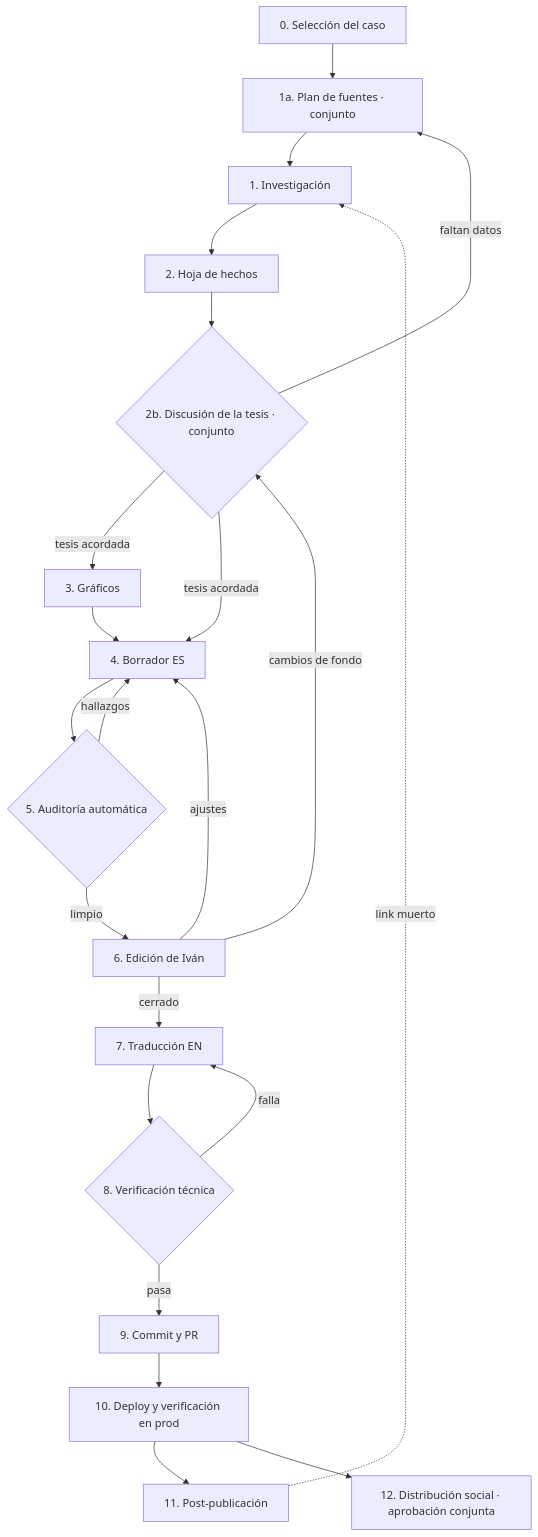
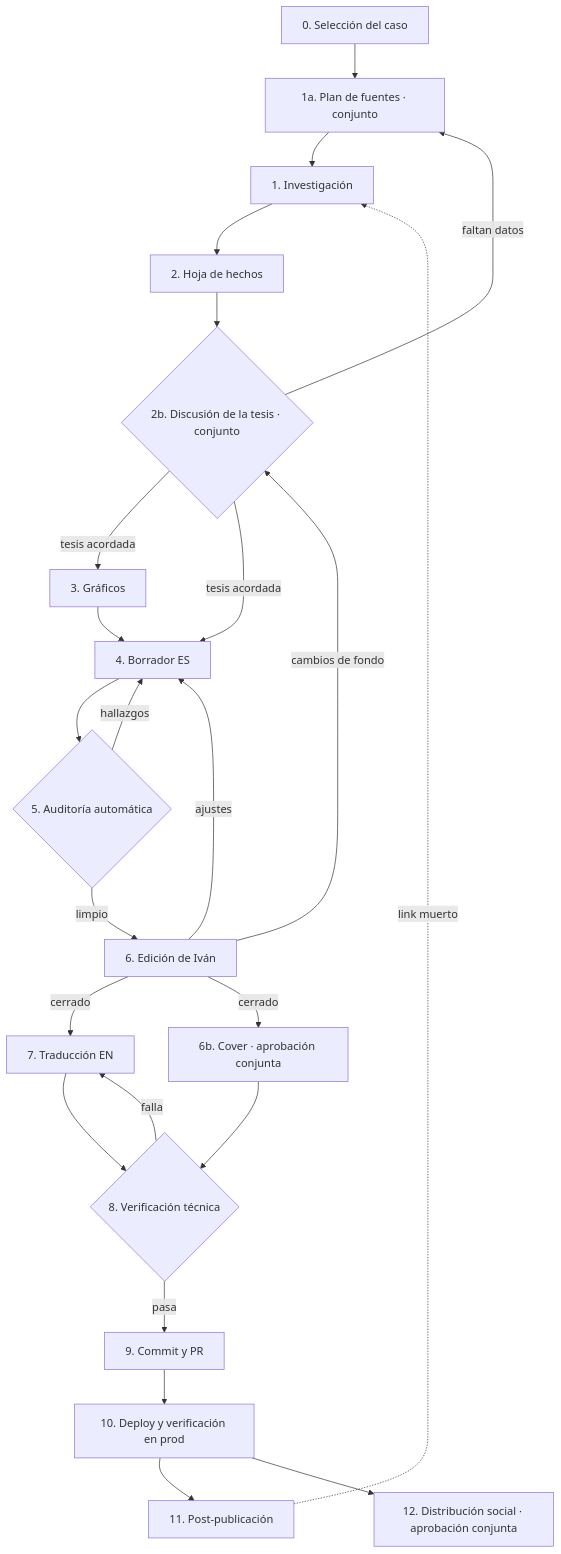
One commit to ivandujaut/ivandujaut changed the diagram in .claude/docs/content-workflow.md. Above: the diagram before and after it, drawn with Mermaid. The commit also changed other lines of this file and 1 other file, not shown here.

First line of the commit message:
docs(workflow): add cover generation node with prompt anatomy

````diff
--- a/.claude/docs/content-workflow.md
+++ b/.claude/docs/content-workflow.md
@@ -8,24 +8,26 @@
 ```mermaid
 flowchart TD
     N0[0. Selección del caso] --> N1a[1a. Plan de fuentes · conjunto]
     N1a --> N1[1. Investigación]
     N1 --> N2[2. Hoja de hechos]
     N2 --> N2b{2b. Discusión de la tesis · conjunto}
     N2b -- faltan datos --> N1a
     N2b -- tesis acordada --> N3[3. Gráficos]
     N2b -- tesis acordada --> N4[4. Borrador ES]
     N3 --> N4
     N4 --> N5{5. Auditoría automática}
     N5 -- hallazgos --> N4
     N5 -- limpio --> N6[6. Edición de Iván]
     N6 -- cambios de fondo --> N2b
     N6 -- ajustes --> N4
     N6 -- cerrado --> N7[7. Traducción EN]
+    N6 -- cerrado --> N6b[6b. Cover · aprobación conjunta]
+    N6b --> N8{8. Verificación técnica}
     N7 --> N8{8. Verificación técnica}
     N8 -- falla --> N7
     N8 -- pasa --> N9[9. Commit y PR]
     N9 --> N10[10. Deploy y verificación en prod]
     N10 --> N11[11. Post-publicación]
     N10 --> N12[12. Distribución social · aprobación conjunta]
     N11 -. link muerto .-> N1
 ```
````
